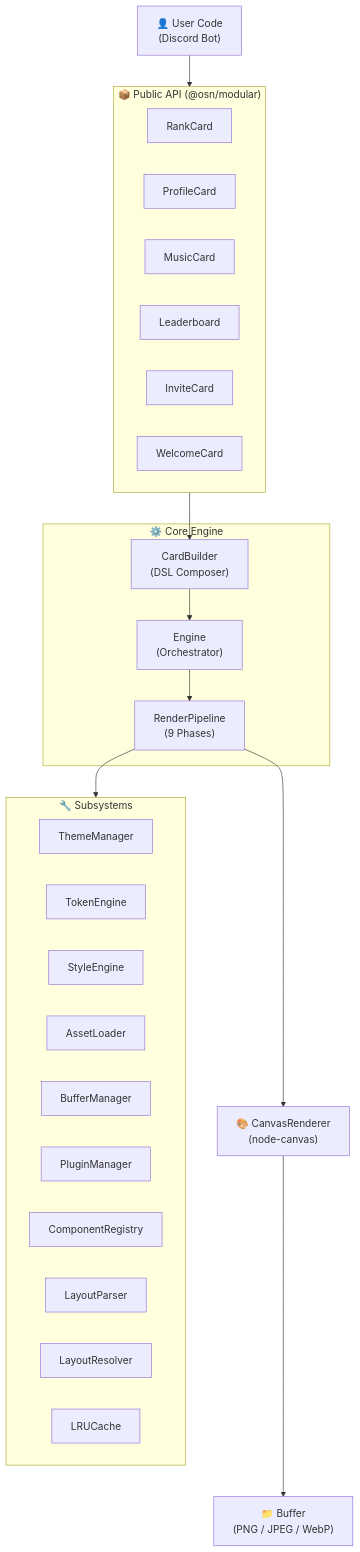
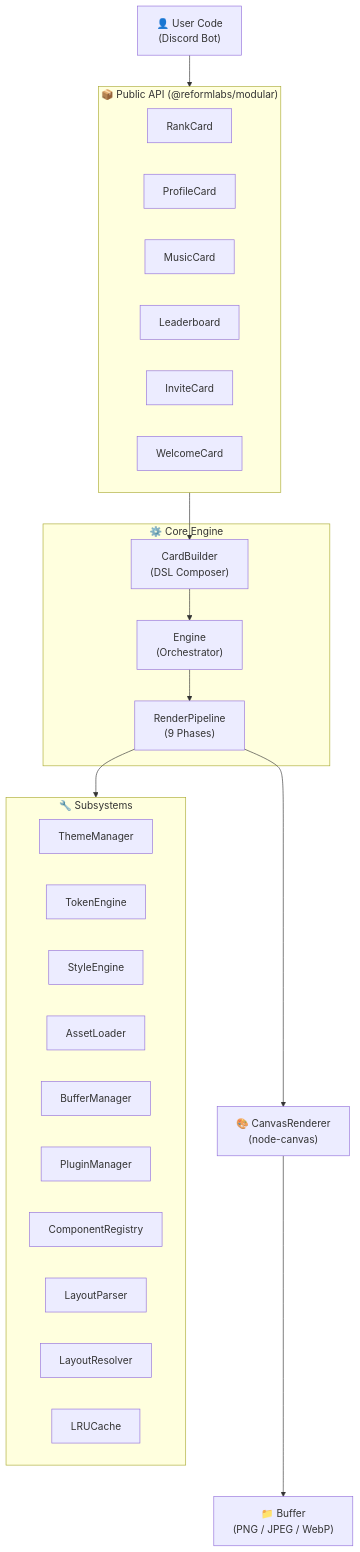
Before and after one commit to ManyMQ/modular: the first of 9 diagrams in docs/core-concepts/system-architecture.md, drawn with Mermaid. The commit also changed other lines of this file and 16 other files, not shown here.

First line of the commit message:
Chore: rebrand to ReformLabs and overhaul documentation architecture

````diff
--- a/docs/core-concepts/system-architecture.md
+++ b/docs/core-concepts/system-architecture.md
@@ -21,44 +25,44 @@
 ```mermaid
 graph TD
     USER["👤 User Code\n(Discord Bot)"]
 
-    subgraph PUBLIC_API["📦 Public API (@osn/modular)"]
+    subgraph PUBLIC_API["📦 Public API (@reformlabs/modular)"]
         direction LR
         RC["RankCard"]
         PC["ProfileCard"]
         MC["MusicCard"]
         LC["Leaderboard"]
         IC["InviteCard"]
         WC["WelcomeCard"]
     end
 
     subgraph CORE["⚙️ Core Engine"]
         ENGINE["Engine\n(Orchestrator)"]
         PIPELINE["RenderPipeline\n(9 Phases)"]
         BUILDER["CardBuilder\n(DSL Composer)"]
     end
 
     subgraph SUBSYSTEMS["🔧 Subsystems"]
         TM["ThemeManager"]
         TE["TokenEngine"]
         SE["StyleEngine"]
         AL["AssetLoader"]
         BM["BufferManager"]
         PM["PluginManager"]
         CR["ComponentRegistry"]
         LP["LayoutParser"]
         LR["LayoutResolver"]
         LRU["LRUCache"]
     end
 
     CANVAS["🎨 CanvasRenderer\n(node-canvas)"]
     OUTPUT["📁 Buffer\n(PNG / JPEG / WebP)"]
 
     USER --> PUBLIC_API
     PUBLIC_API --> BUILDER
     BUILDER --> ENGINE
     ENGINE --> PIPELINE
     PIPELINE --> SUBSYSTEMS
     PIPELINE --> CANVAS
     CANVAS --> OUTPUT
 ```
````
